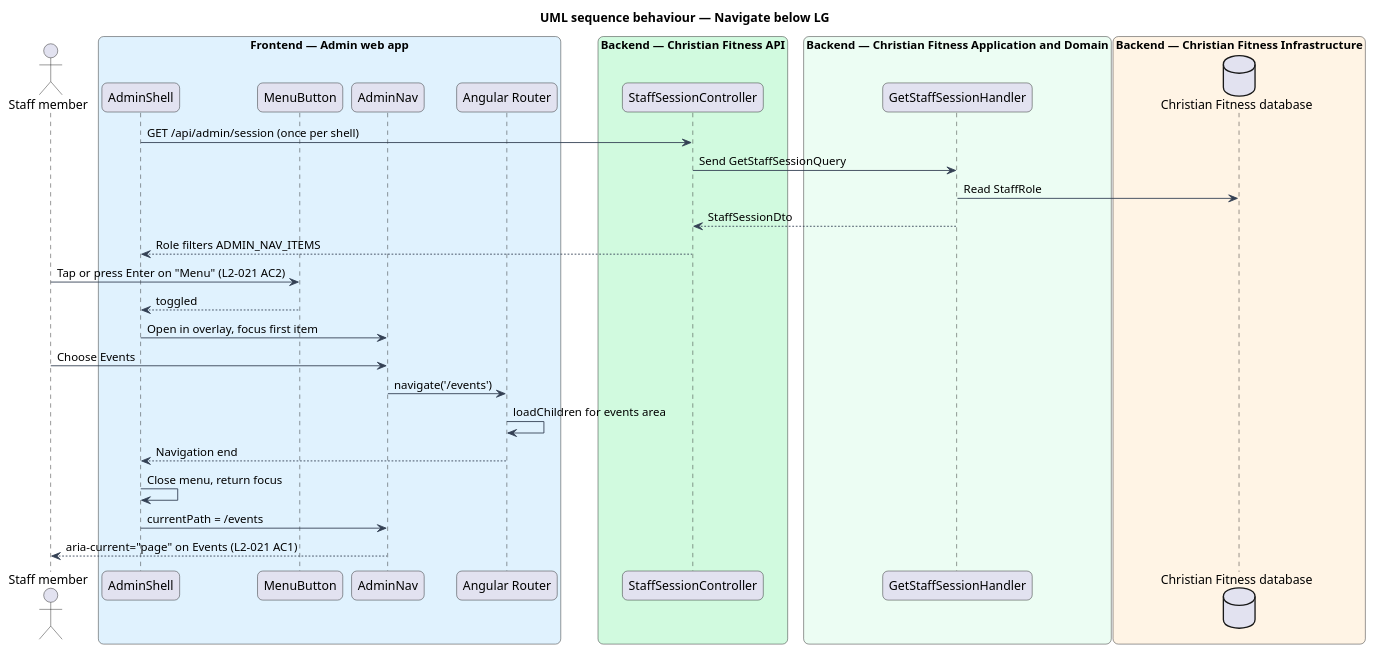
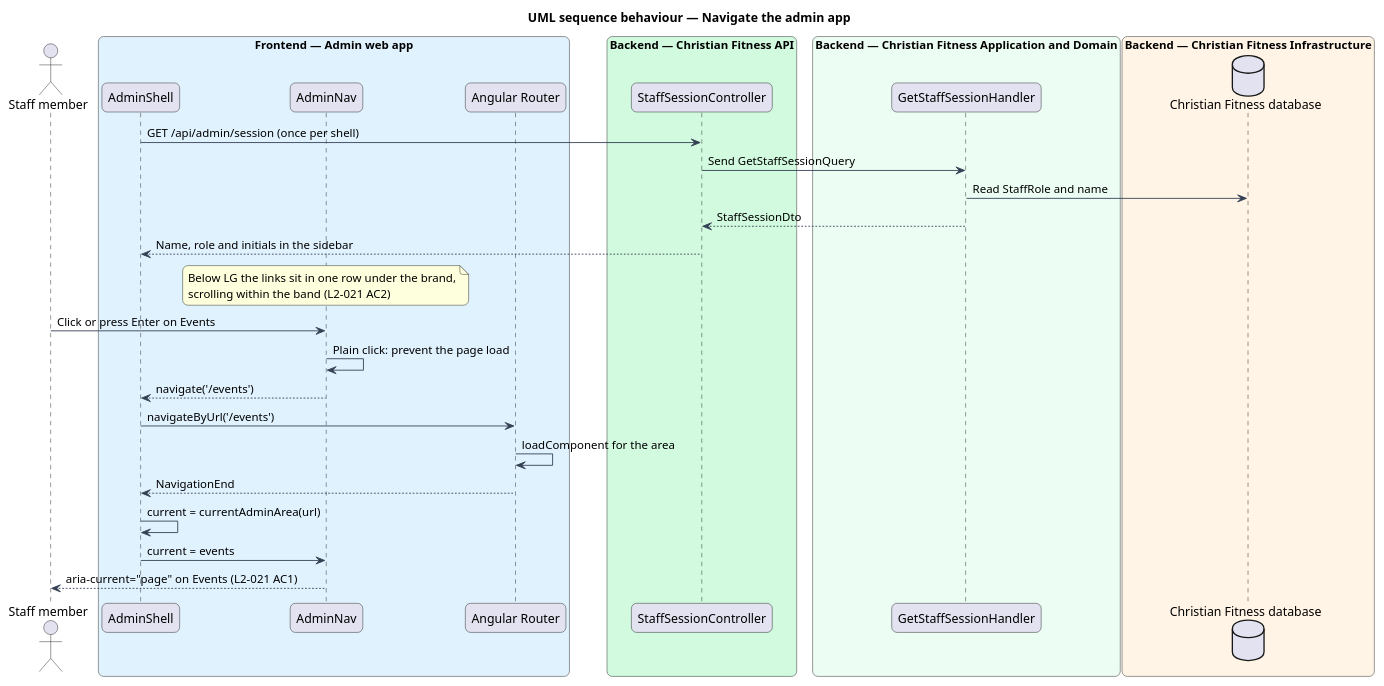
Before and after one commit to QuinntyneBrown/christian-fitness: the diagram in docs/detailed-designs/admin-access/navigate-admin-app/diagrams/sequence-navigate.puml, drawn with PlantUML. The commit also changed 77 other files, not shown here.

```diff
--- a/docs/detailed-designs/admin-access/navigate-admin-app/diagrams/sequence-navigate.puml
+++ b/docs/detailed-designs/admin-access/navigate-admin-app/diagrams/sequence-navigate.puml
@@ -1,48 +1,47 @@
 @startuml
-title UML sequence behaviour — Navigate below LG
+title UML sequence behaviour — Navigate the admin app
 skinparam backgroundColor #FFFFFF
 skinparam shadowing false
 skinparam roundcorner 12
 skinparam defaultFontName Arial
 skinparam ArrowColor #344054
 skinparam rectangle {
   BorderColor #344054
   FontColor #101828
 }
 skinparam package {
   BorderColor #667085
   FontColor #101828
   BackgroundColor #F9FAFB
 }
 actor "Staff member" as actor
 box "Frontend — Admin web app" #E0F2FE
   participant "AdminShell" as shell
-  participant "MenuButton" as menu
   participant "AdminNav" as nav
   participant "Angular Router" as router
 end box
 box "Backend — Christian Fitness API" #D1FADF
   participant "StaffSessionController" as ctrl
 end box
 box "Backend — Christian Fitness Application and Domain" #ECFDF3
   participant "GetStaffSessionHandler" as handler
 end box
 box "Backend — Christian Fitness Infrastructure" #FFF4E5
   database "Christian Fitness database" as db
 end box
 shell -> ctrl : GET /api/admin/session (once per shell)
 ctrl -> handler : Send GetStaffSessionQuery
-handler -> db : Read StaffRole
+handler -> db : Read StaffRole and name
 handler --> ctrl : StaffSessionDto
-ctrl --> shell : Role filters ADMIN_NAV_ITEMS
-actor -> menu : Tap or press Enter on "Menu" (L2-021 AC2)
-menu --> shell : toggled
-shell -> nav : Open in overlay, focus first item
-actor -> nav : Choose Events
-nav -> router : navigate('/events')
-router -> router : loadChildren for events area
-router --> shell : Navigation end
-shell -> shell : Close menu, return focus
-shell -> nav : currentPath = /events
+ctrl --> shell : Name, role and initials in the sidebar
+note over nav : Below LG the links sit in one row under the brand,\nscrolling within the band (L2-021 AC2)
+actor -> nav : Click or press Enter on Events
+nav -> nav : Plain click: prevent the page load
+nav --> shell : navigate('/events')
+shell -> router : navigateByUrl('/events')
+router -> router : loadComponent for the area
+router --> shell : NavigationEnd
+shell -> shell : current = currentAdminArea(url)
+shell -> nav : current = events
 nav --> actor : aria-current="page" on Events (L2-021 AC1)
 @enduml
```
